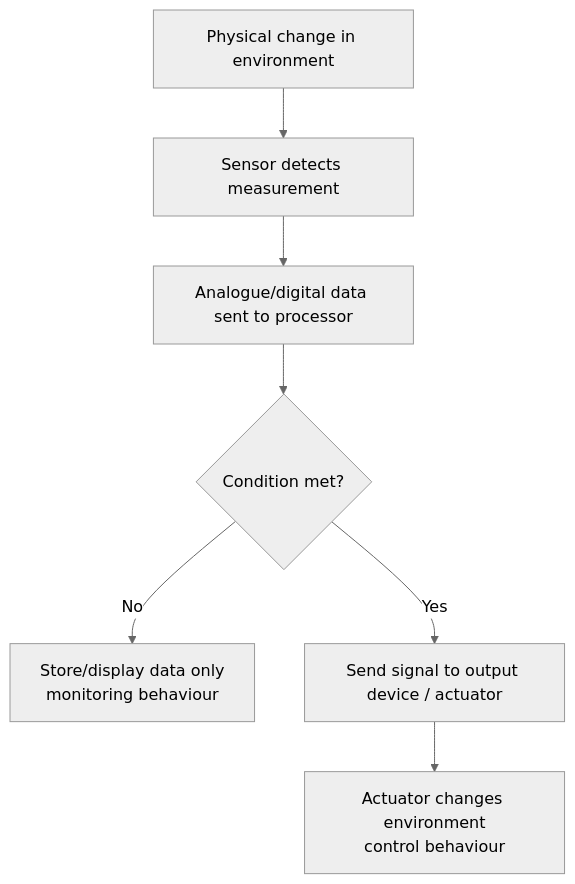
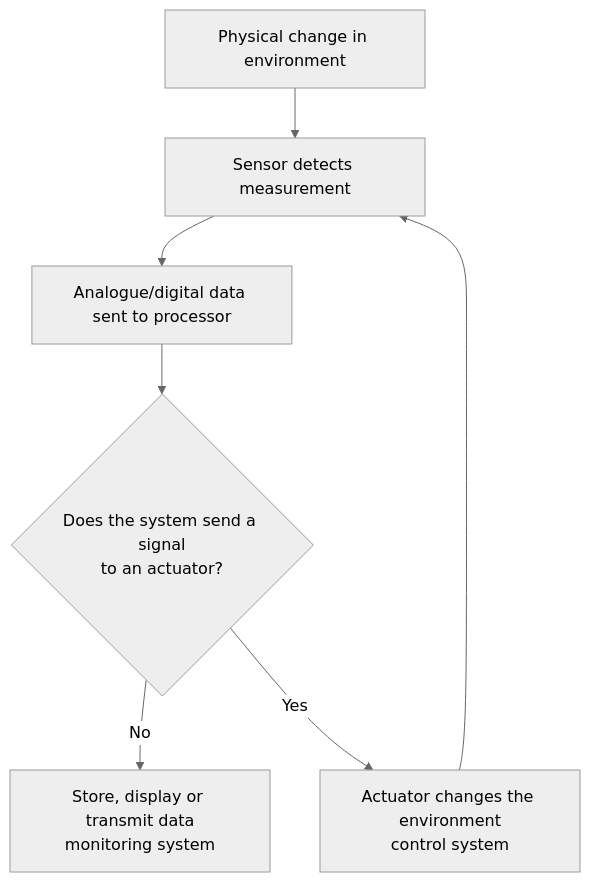
One commit to whuang0428/cs-web-checklist changed the first of 2 diagrams in as-9618/chapter-3.md. Above: the diagram before and after it, drawn with Mermaid (neutral theme). The commit also changed other lines of this file and 11 other files, not shown here.

````diff
--- a/as-9618/chapter-3.md
+++ b/as-9618/chapter-3.md
@@ -833,9 +833,9 @@
 ```mermaid
 flowchart TD
 A[Physical change in environment] --> B[Sensor detects measurement]
 B --> C[Analogue/digital data sent to processor]
-C --> D{Condition met?}
-D -- No --> E[Store/display data only<br/>monitoring behaviour]
-D -- Yes --> F[Send signal to output device / actuator]
-F --> G[Actuator changes environment<br/>control behaviour]
+C --> D{Does the system send a signal<br/>to an actuator?}
+D -- No --> E[Store, display or transmit data<br/>monitoring system]
+D -- Yes --> F[Actuator changes the environment<br/>control system]
+F --> B
 ```
````
